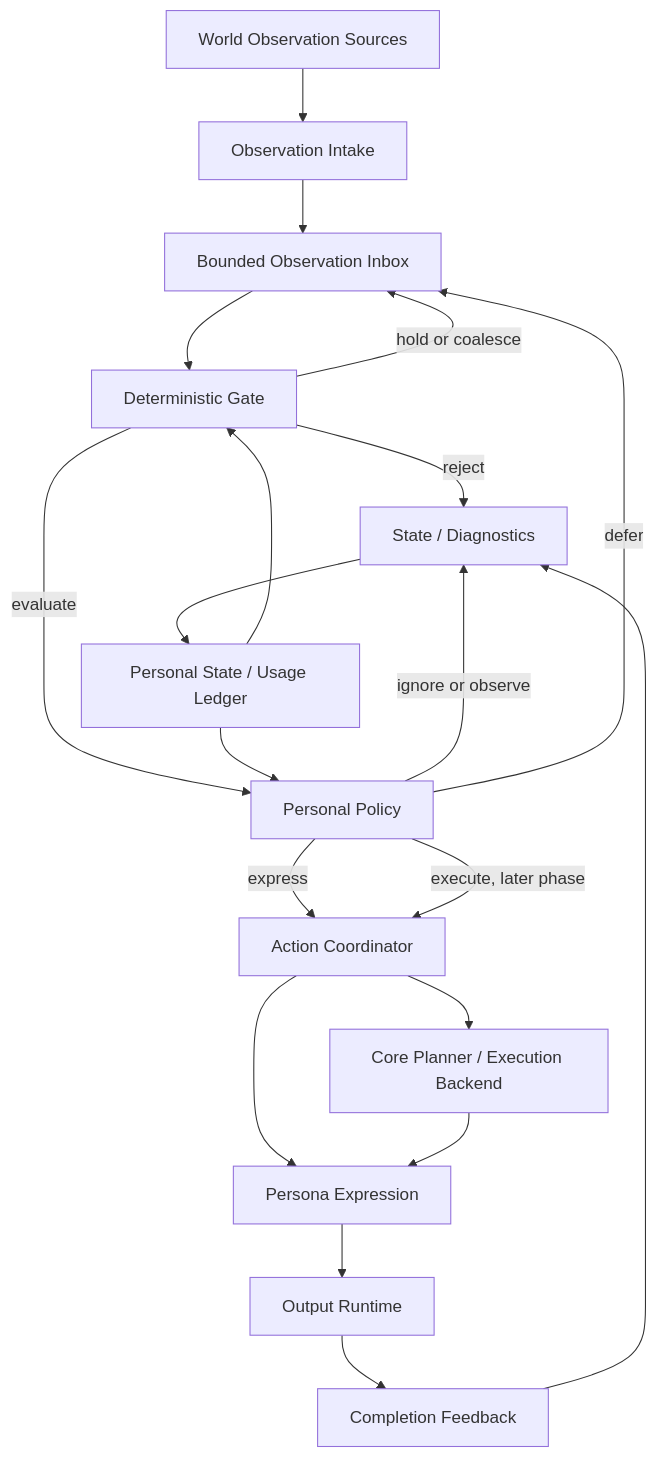
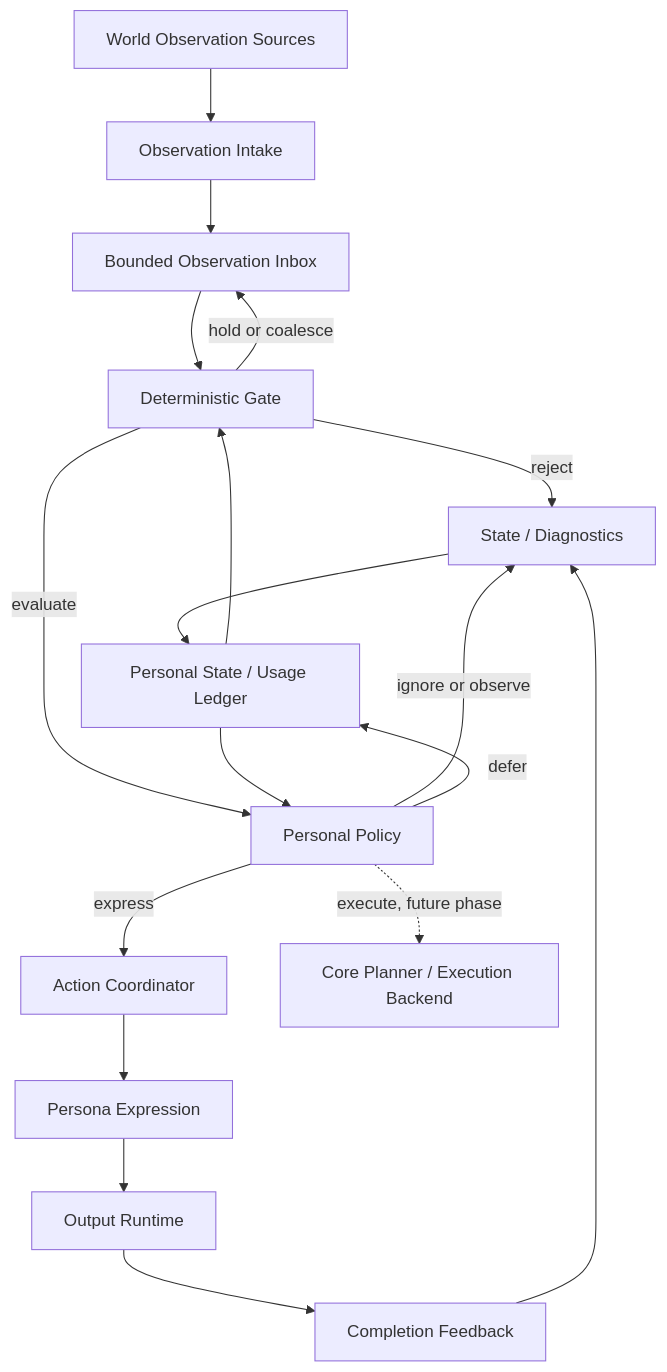
The diagram in docs/Yakumo/dev/autonomous-persona-runtime-initial-plan.md (murphys7017/AG99), drawn with Mermaid before and after one commit. The commit also changed other lines of this file and 21 other files, not shown here.

````diff
--- a/docs/Yakumo/dev/autonomous-persona-runtime-initial-plan.md
+++ b/docs/Yakumo/dev/autonomous-persona-runtime-initial-plan.md
@@ -86,22 +86,20 @@
 ```mermaid
 flowchart TD
     WORLD["World Observation Sources"] --> INTAKE["Observation Intake"]
     INTAKE --> INBOX["Bounded Observation Inbox"]
     INBOX --> GATE["Deterministic Gate"]
     GATE -->|reject| FEEDBACK["State / Diagnostics"]
     GATE -->|hold or coalesce| INBOX
     GATE -->|evaluate| POLICY["Personal Policy"]
     POLICY -->|ignore or observe| FEEDBACK
-    POLICY -->|defer| INBOX
+    POLICY -->|defer| STATE
     POLICY -->|express| ACTION["Action Coordinator"]
-    POLICY -->|execute, later phase| ACTION
+    POLICY -.->|execute, future phase| PLANNER["Core Planner / Execution Backend"]
     ACTION --> PERSONA["Persona Expression"]
-    ACTION --> PLANNER["Core Planner / Execution Backend"]
-    PLANNER --> PERSONA
     PERSONA --> OUTPUT["Output Runtime"]
     OUTPUT --> COMPLETION["Completion Feedback"]
     COMPLETION --> FEEDBACK
     FEEDBACK --> STATE["Personal State / Usage Ledger"]
     STATE --> GATE
     STATE --> POLICY
 ```
````
